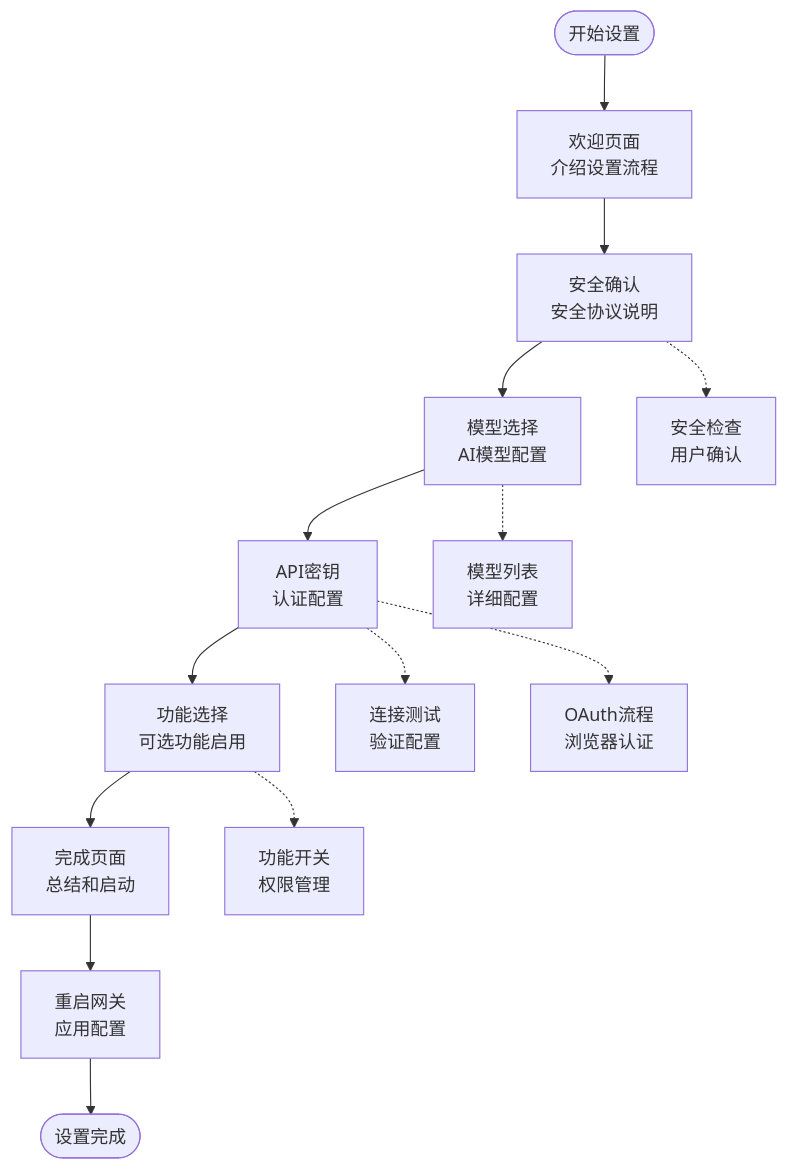
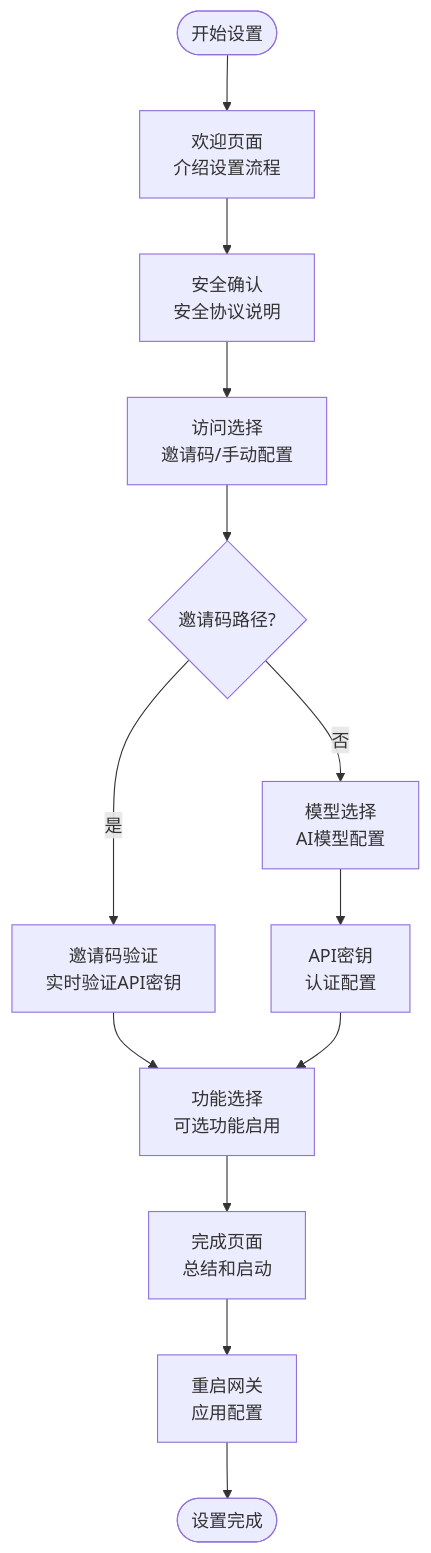
Before and after one commit to verse-ai-org/openclaw: the fourth of 12 diagrams in .qoder/repowiki/zh/content/开发者指南/设置向导系统.md, drawn with Mermaid. The commit also changed other lines of this file and 31 other files, not shown here.

````diff
--- a/.qoder/repowiki/zh/content/开发者指南/设置向导系统.md
+++ b/.qoder/repowiki/zh/content/开发者指南/设置向导系统.md
@@ -208,16 +253,15 @@
 ```mermaid
 flowchart TD
 Start([开始设置]) --> Welcome[欢迎页面<br/>介绍设置流程]
 Welcome --> Security[安全确认<br/>安全协议说明]
-Security --> Model[模型选择<br/>AI模型配置]
+Security --> Access[访问选择<br/>邀请码/手动配置]
+Access --> InvitePath{邀请码路径?}
+InvitePath --> |是| InviteCode[邀请码验证<br/>实时验证API密钥]
+InvitePath --> |否| Model[模型选择<br/>AI模型配置]
+InviteCode --> Features[功能选择<br/>可选功能启用]
 Model --> ApiKey[API密钥<br/>认证配置]
-ApiKey --> Features[功能选择<br/>可选功能启用]
+ApiKey --> Features
 Features --> Completion[完成页面<br/>总结和启动]
-Security -.-> SecurityCheck[安全检查<br/>用户确认]
-Model -.-> ModelList[模型列表<br/>详细配置]
-ApiKey -.-> TestConnection[连接测试<br/>验证配置]
-ApiKey -.-> OAuthFlow[OAuth流程<br/>浏览器认证]
-Features -.-> FeatureToggle[功能开关<br/>权限管理]
 Completion --> Restart[重启网关<br/>应用配置]
 Restart --> End([设置完成])
 ```
````
